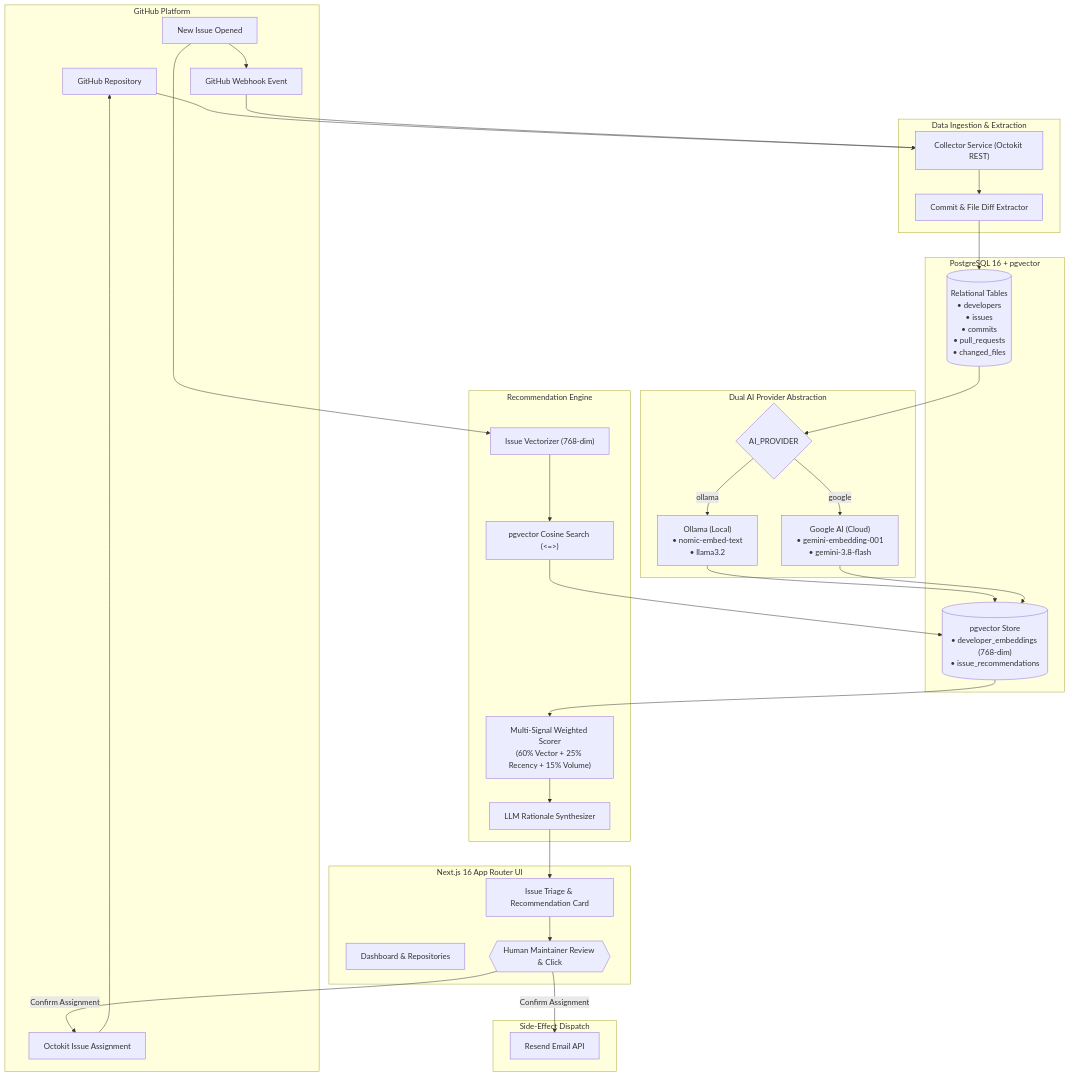
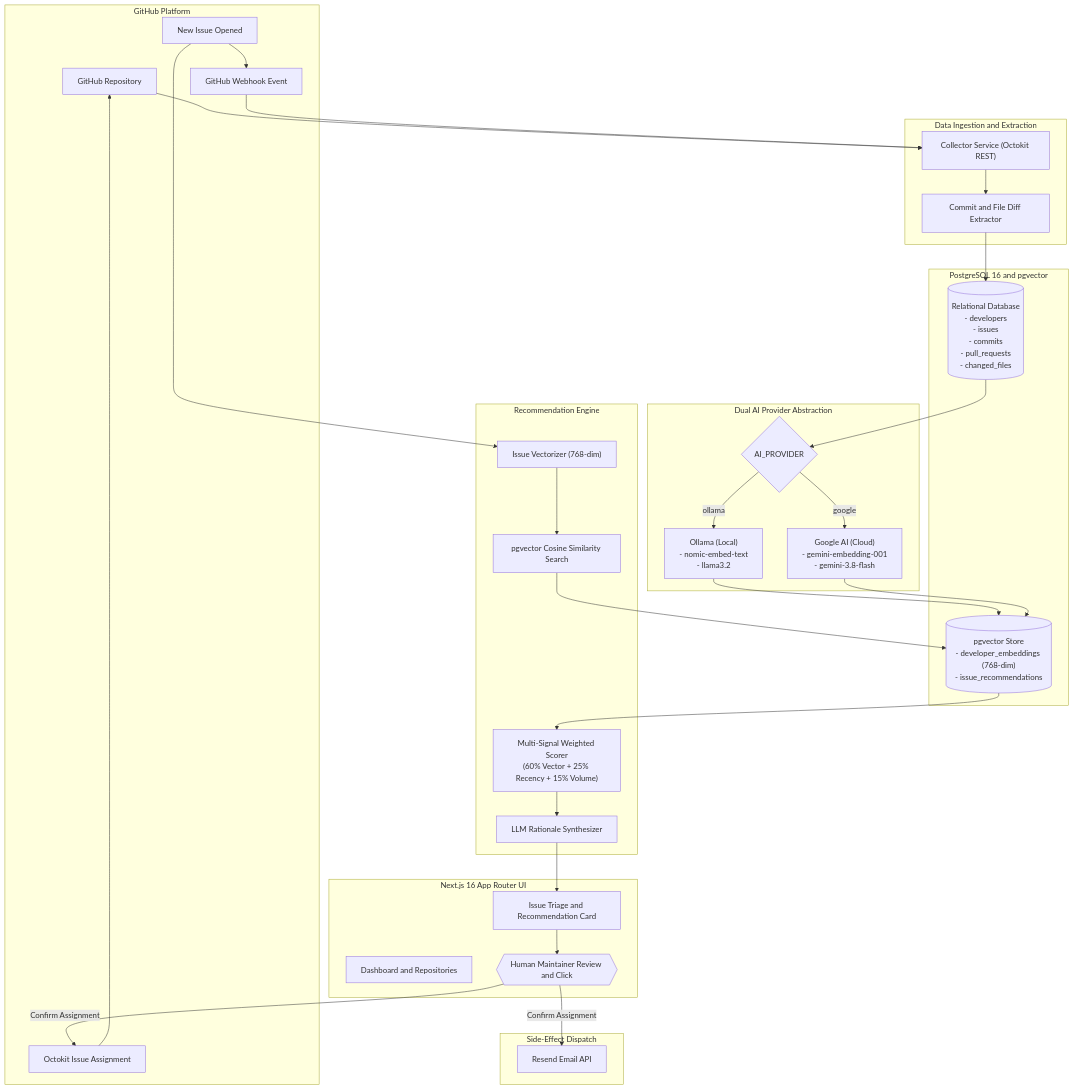
One commit to ayushbin07/AI-Based-OSS-Developer-Recommendation---Issue-Assignment changed the first of 3 diagrams in README.md. Above: the diagram before and after it, drawn with Mermaid. The commit also changed other lines of this file, not shown here.

Commit message:
docs: update architecture diagram labels and formatting in README

````diff
--- a/README.md
+++ b/README.md
@@ -113,65 +113,66 @@
 ```mermaid
 flowchart TD
     subgraph GitHub_Ecosystem["GitHub Platform"]
         GH_REPO["GitHub Repository"]
         GH_ISSUE["New Issue Opened"]
         GH_HOOK["GitHub Webhook Event"]
         OCTOKIT_ASSIGN["Octokit Issue Assignment"]
     end
 
-    subgraph Ingestion_Layer["Data Ingestion & Extraction"]
+    subgraph Ingestion_Layer["Data Ingestion and Extraction"]
         COLLECTOR["Collector Service (Octokit REST)"]
-        DIFF_PARSER["Commit & File Diff Extractor"]
+        DIFF_PARSER["Commit and File Diff Extractor"]
     end
 
-    subgraph Storage_Layer["PostgreSQL 16 + pgvector"]
-        DB_RECORDS[("Relational Tables\n• developers\n• issues\n• commits\n• pull_requests\n• changed_files")]
-        DB_VECTORS[("pgvector Store\n• developer_embeddings (768-dim)\n• issue_recommendations")]
+    subgraph Storage_Layer["PostgreSQL 16 and pgvector"]
+        DB_RECORDS[("Relational Database<br/>- developers<br/>- issues<br/>- commits<br/>- pull_requests<br/>- changed_files")]
+        DB_VECTORS[("pgvector Store<br/>- developer_embeddings (768-dim)<br/>- issue_recommendations")]
     end
 
     subgraph AI_Provider["Dual AI Provider Abstraction"]
         PROVIDER_SELECTOR{"AI_PROVIDER"}
-        OLLAMA["Ollama (Local)\n• nomic-embed-text\n• llama3.2"]
-        GEMINI["Google AI (Cloud)\n• gemini-embedding-001\n• gemini-3.8-flash"]
+        OLLAMA["Ollama (Local)<br/>- nomic-embed-text<br/>- llama3.2"]
+        GEMINI["Google AI (Cloud)<br/>- gemini-embedding-001<br/>- gemini-3.8-flash"]
     end
 
     subgraph Recommendation_Pipeline["Recommendation Engine"]
         ISSUE_VEC["Issue Vectorizer (768-dim)"]
-        COSINE_SEARCH["pgvector Cosine Search (<=>)"]
-        MCDA_SCORER["Multi-Signal Weighted Scorer\n(60% Vector + 25% Recency + 15% Volume)"]
+        COSINE_SEARCH["pgvector Cosine Similarity Search"]
+        MCDA_SCORER["Multi-Signal Weighted Scorer<br/>(60% Vector + 25% Recency + 15% Volume)"]
         LLM_EXPLAINER["LLM Rationale Synthesizer"]
     end
 
     subgraph Application_UI["Next.js 16 App Router UI"]
-        DASHBOARD["Dashboard & Repositories"]
-        TRIAGE_VIEW["Issue Triage & Recommendation Card"]
-        HUMAN_CONFIRM{{"Human Maintainer Review & Click"}}
+        DASHBOARD["Dashboard and Repositories"]
+        TRIAGE_VIEW["Issue Triage and Recommendation Card"]
+        HUMAN_CONFIRM{{"Human Maintainer Review and Click"}}
     end
 
     subgraph Notification_SideEffects["Side-Effect Dispatch"]
         RESEND_MAIL["Resend Email API"]
     end
 
     GH_REPO --> COLLECTOR
     COLLECTOR --> DIFF_PARSER
     DIFF_PARSER --> DB_RECORDS
 
     DB_RECORDS --> PROVIDER_SELECTOR
     PROVIDER_SELECTOR -->|ollama| OLLAMA
     PROVIDER_SELECTOR -->|google| GEMINI
-    OLLAMA & GEMINI --> DB_VECTORS
+    OLLAMA --> DB_VECTORS
+    GEMINI --> DB_VECTORS
 
     GH_ISSUE --> GH_HOOK
     GH_HOOK --> COLLECTOR
     GH_ISSUE --> ISSUE_VEC
     ISSUE_VEC --> COSINE_SEARCH
     COSINE_SEARCH --> DB_VECTORS
     DB_VECTORS --> MCDA_SCORER
     MCDA_SCORER --> LLM_EXPLAINER
     LLM_EXPLAINER --> TRIAGE_VIEW
 
     TRIAGE_VIEW --> HUMAN_CONFIRM
     HUMAN_CONFIRM -->|Confirm Assignment| OCTOKIT_ASSIGN
     HUMAN_CONFIRM -->|Confirm Assignment| RESEND_MAIL
     OCTOKIT_ASSIGN --> GH_REPO
 ```
````
